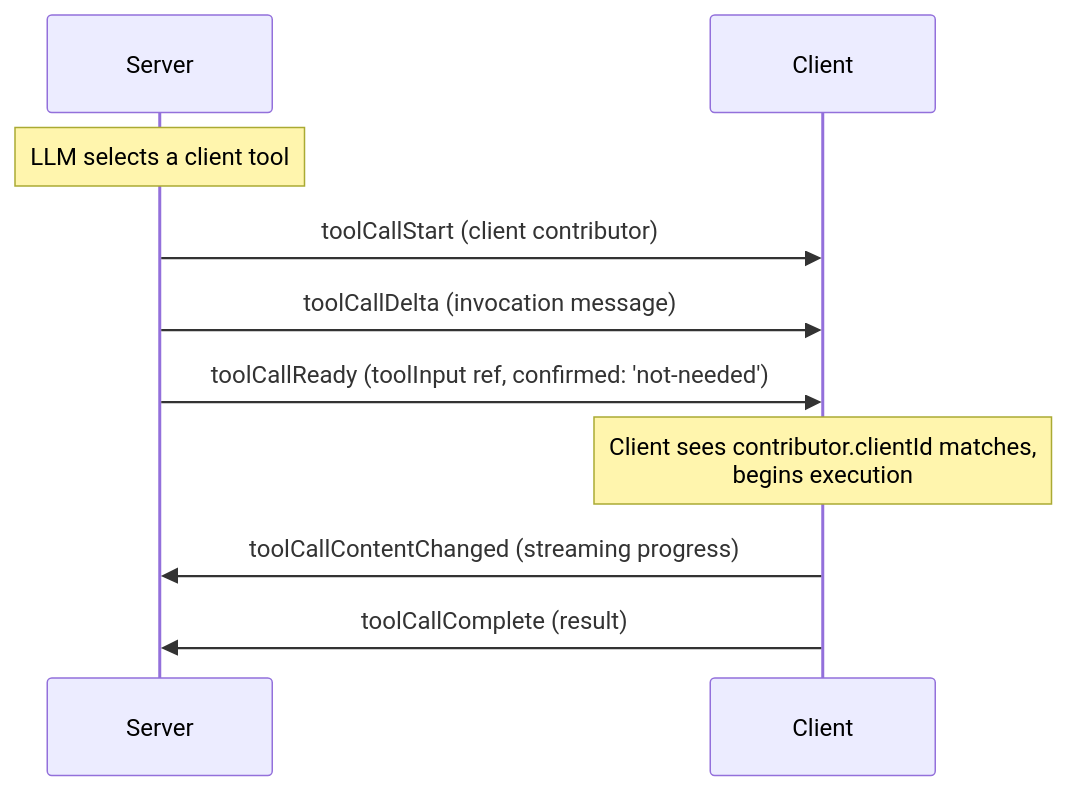
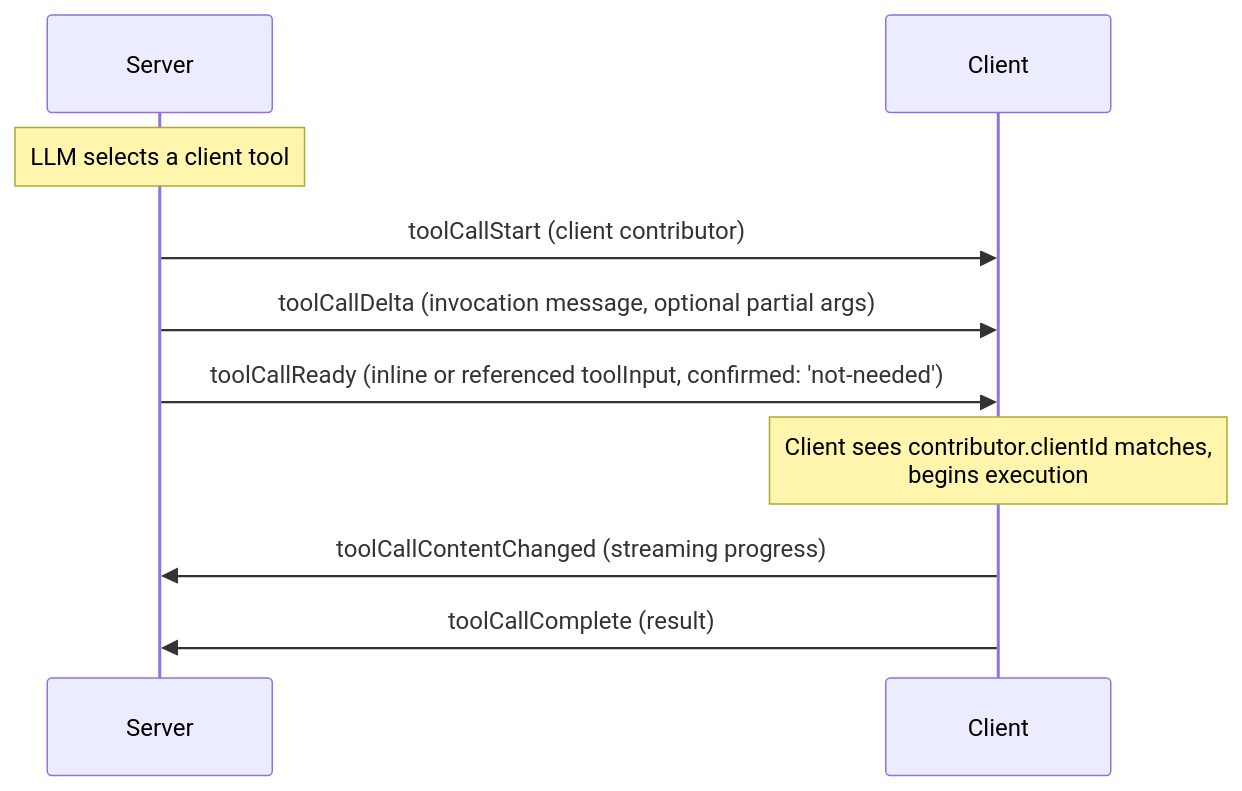
One commit to microsoft/agent-host-protocol changed the fifth of 7 diagrams in docs/guide/customizations.md. Above: the diagram before and after it, drawn with Mermaid. The commit also changed other lines of this file and 33 other files, not shown here.

First line of the commit message:
chat: allow inline or referenced tool input

````diff
--- a/docs/guide/customizations.md
+++ b/docs/guide/customizations.md
@@ -285,15 +285,15 @@
 ```mermaid
 sequenceDiagram
     participant Server
     participant Client
 
     Note over Server: LLM selects a client tool
     Server->>Client: toolCallStart (client contributor)
-    Server->>Client: toolCallDelta (invocation message)
-    Server->>Client: toolCallReady (toolInput ref, confirmed: 'not-needed')
+    Server->>Client: toolCallDelta (invocation message, optional partial args)
+    Server->>Client: toolCallReady (inline or referenced toolInput, confirmed: 'not-needed')
 
     Note over Client: Client sees contributor.clientId matches,<br/>begins execution
 
     Client->>Server: toolCallContentChanged (streaming progress)
     Client->>Server: toolCallComplete (result)
 ```
````
